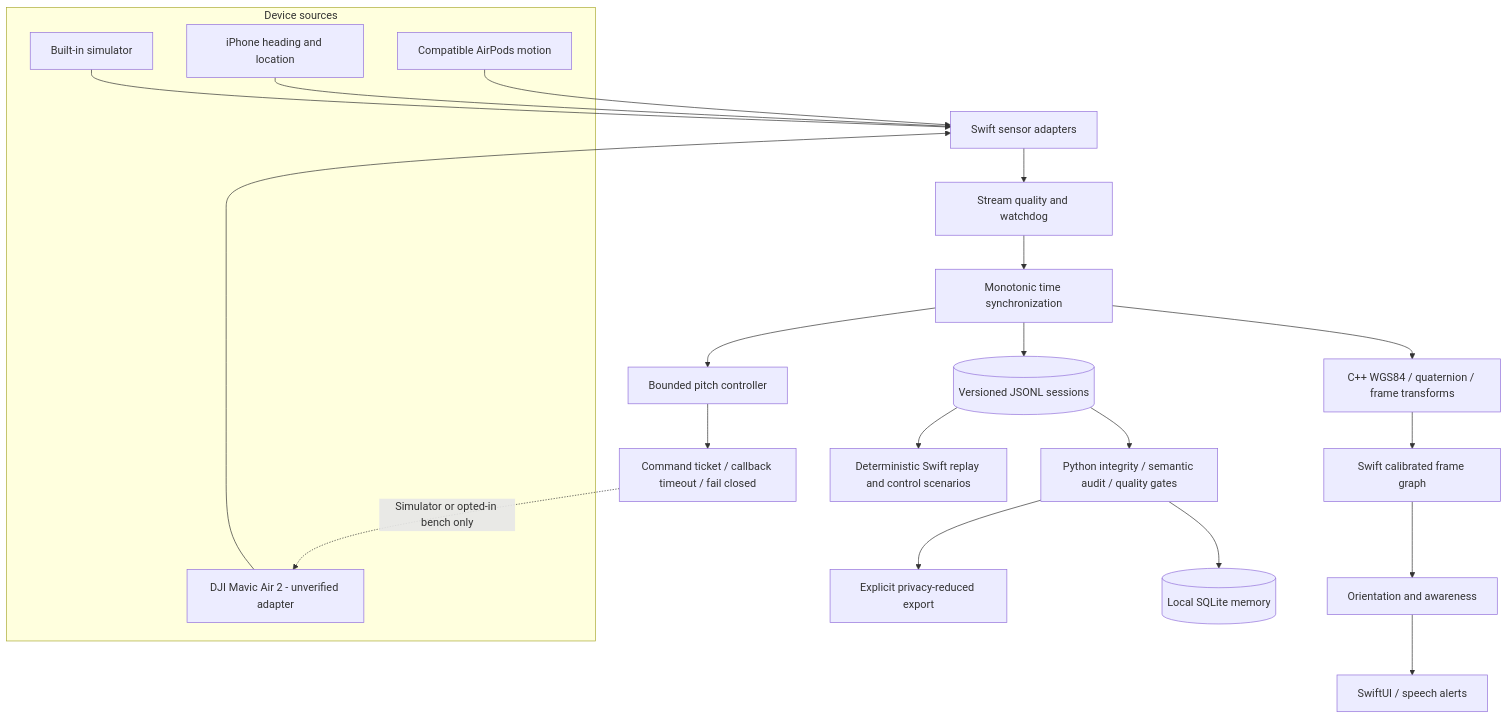
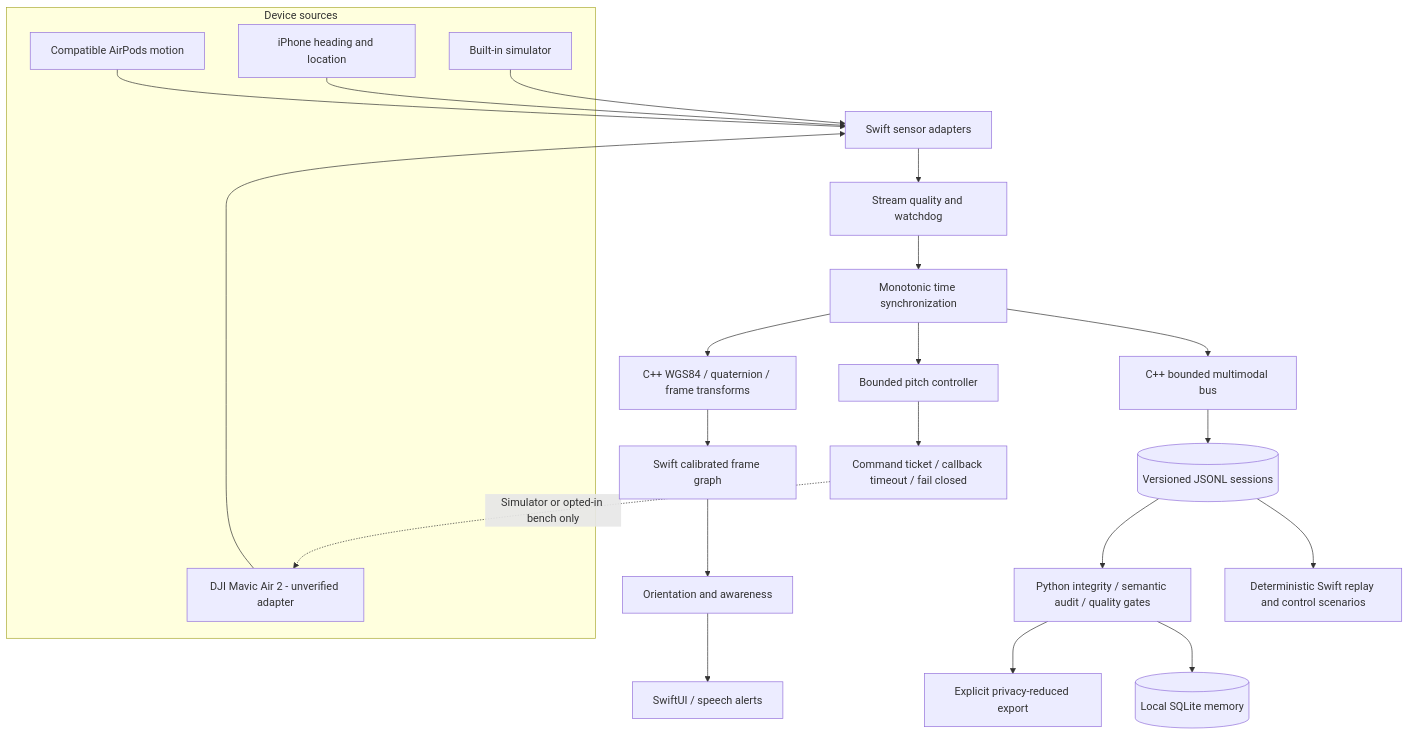
One commit to hwspen7/AeroSpatial changed the diagram in README.md. Above: the diagram before and after it, drawn with Mermaid. The commit also changed other lines of this file and 26 other files, not shown here.

Commit message:
feat: integrate bounded C++ multimodal bus with Swift and offline audit

````diff
--- a/README.md
+++ b/README.md
@@ -25,27 +38,28 @@
 ```mermaid
 flowchart TD
     subgraph Devices[Device sources]
         AP[Compatible AirPods motion]
         PH[iPhone heading and location]
         DJI[DJI Mavic Air 2 - unverified adapter]
         SIM[Built-in simulator]
     end
     AP --> Swift[Swift sensor adapters]
     PH --> Swift
     DJI --> Swift
     SIM --> Swift
     Swift --> Health[Stream quality and watchdog]
     Health --> Sync[Monotonic time synchronization]
     Sync --> Frames[C++ WGS84 / quaternion / frame transforms]
     Frames --> Graph[Swift calibrated frame graph]
     Sync --> Tracking[Bounded pitch controller]
     Tracking --> Gate[Command ticket / callback timeout / fail closed]
     Gate -.->|Simulator or opted-in bench only| DJI
-    Sync --> Recording[(Versioned JSONL sessions)]
+    Sync --> Bus[C++ bounded multimodal bus]
+    Bus --> Recording[(Versioned JSONL sessions)]
     Graph --> Awareness[Orientation and awareness]
     Awareness --> UI[SwiftUI / speech alerts]
     Recording --> QA[Python integrity / semantic audit / quality gates]
     QA --> Privacy[Explicit privacy-reduced export]
     Recording --> Replay[Deterministic Swift replay and control scenarios]
     QA --> Memory[(Local SQLite memory)]
 ```
````
